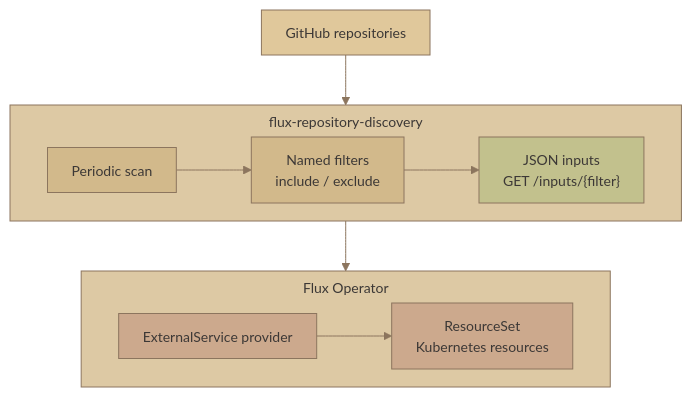
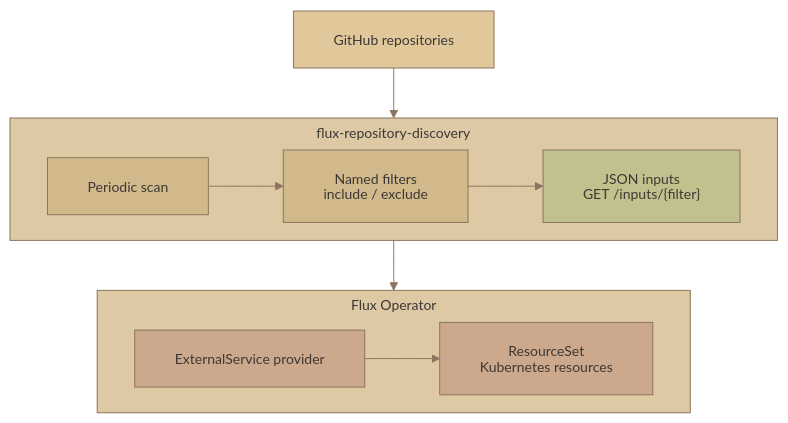
The third of 4 diagrams in docs/mermaid-palettes.md (vterdunov/flux-repository-discovery), drawn with Mermaid before and after one commit. The commit also changed other lines of this file, not shown here.

Commit message:
docs: strengthen diagram shadows and prevent clipped labels

````diff
--- a/docs/mermaid-palettes.md
+++ b/docs/mermaid-palettes.md
@@ -114,49 +118,51 @@
 ```mermaid
 ---
 config:
   theme: base
+  htmlLabels: false
   themeCSS: |
-    .node rect { rx: 8px; ry: 8px; stroke-width: 1px; filter: drop-shadow(0px 4px 4px #3c383638); }
-    .cluster rect { rx: 12px; ry: 12px; filter: drop-shadow(0px 6px 8px #3c383633); }
+    .node rect { rx: 8px; ry: 8px; stroke-width: 1px; filter: drop-shadow(0px 3px 1px #3c383680) drop-shadow(0px 9px 7px #3c383659); }
+    .cluster rect { rx: 12px; ry: 12px; filter: drop-shadow(0px 4px 2px #28282866) drop-shadow(0px 9px 9px #28282859); }
   themeVariables:
     fontFamily: "system-ui, sans-serif"
     fontSize: "14px"
     primaryColor: "#d2b98b"
     primaryTextColor: "#3c3836"
     primaryBorderColor: "#8c755e"
     lineColor: "#8c755e"
     textColor: "#3c3836"
     clusterBkg: "#ddc9a4"
     clusterBorder: "#8c755e"
     titleColor: "#3c3836"
   flowchart:
     nodeSpacing: 16
     rankSpacing: 50
-    padding: 12
+    padding: 20
+    diagramPadding: 48
     subGraphTitleMargin:
       top: 6
       bottom: 8
 ---
 flowchart TB
     github["GitHub repositories"]
 
     subgraph discovery["flux-repository-discovery"]
         direction LR
         scan["Periodic scan"] --> filters["Named filters<br/>include / exclude"]
         filters --> inputs["JSON inputs<br/>GET /inputs/{filter}"]
     end
 
     subgraph flux["Flux Operator"]
         direction LR
         provider["ExternalService provider"] --> resources["ResourceSet<br/>Kubernetes resources"]
     end
 
     github --> discovery --> flux
 
     classDef source fill:#e0c89b,stroke:#8c755e,color:#3c3836
     classDef output fill:#c2c18d,stroke:#8c755e,color:#3c3836
     classDef consumer fill:#cca98d,stroke:#8c755e,color:#3c3836
     class github source
     class inputs output
     class provider,resources consumer
 ```
````
